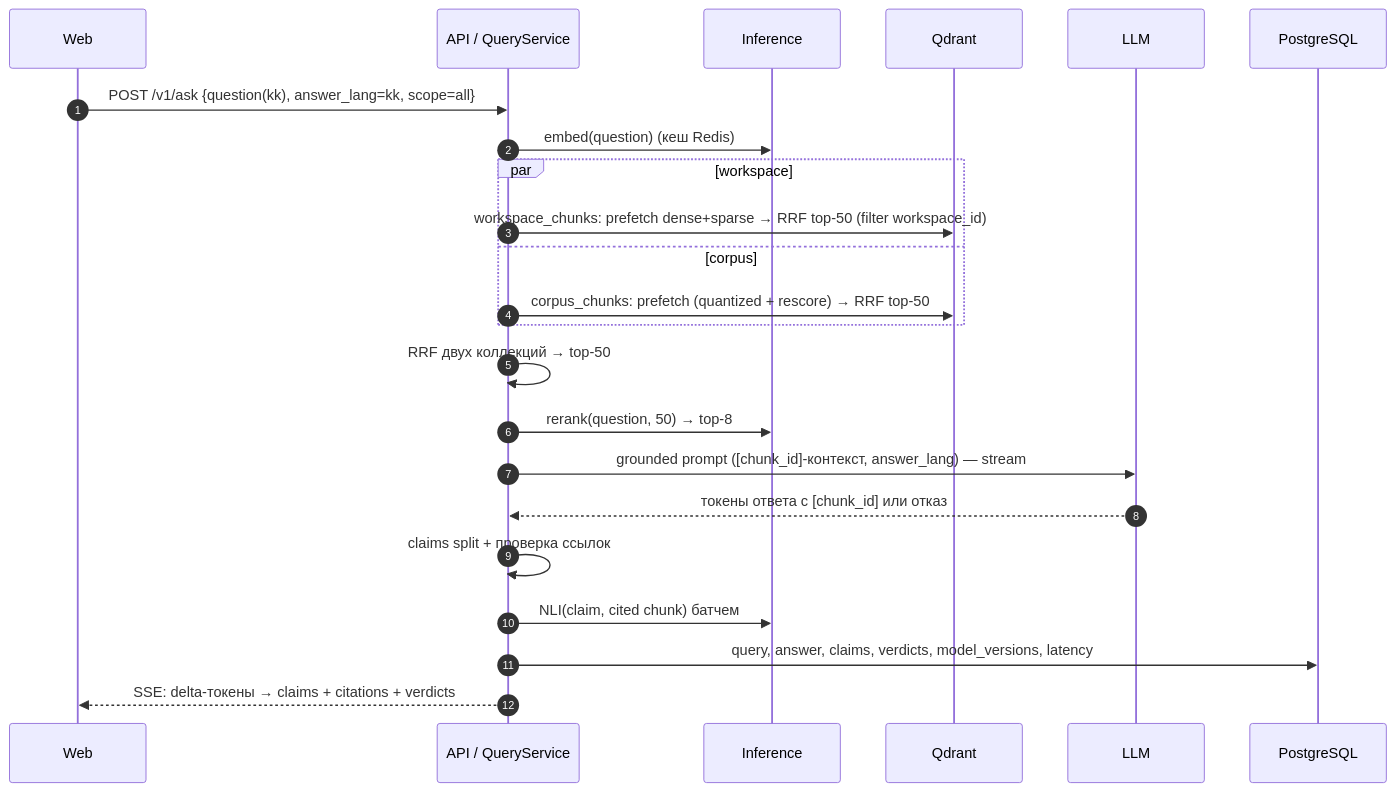
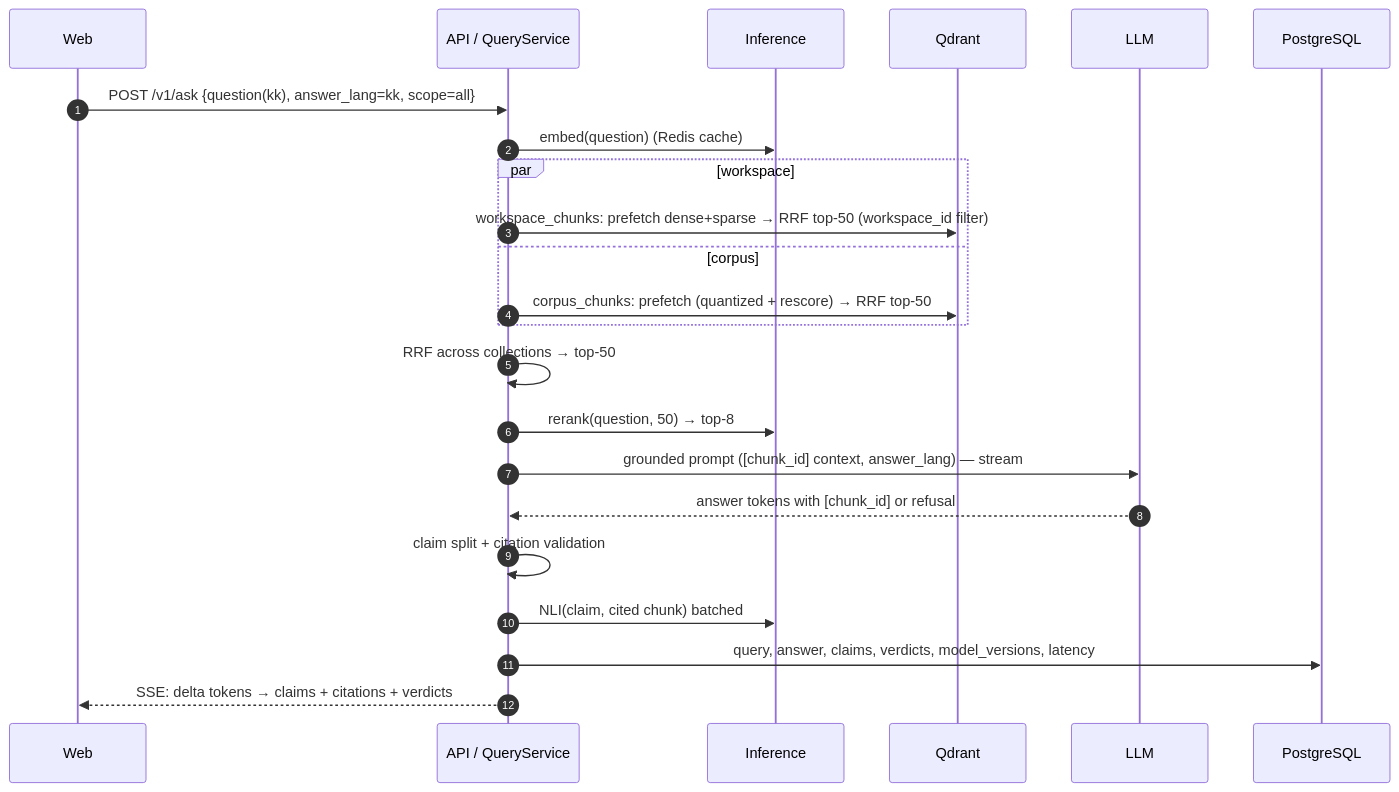
The fourth of 4 diagrams in docs/architecture/docs/01-architecture.md (Nusultan11/TriFactAI), drawn with Mermaid before and after one commit. The commit also changed other lines of this file and 30 other files, not shown here.

````diff
--- a/docs/architecture/docs/01-architecture.md
+++ b/docs/architecture/docs/01-architecture.md
@@ -243,25 +232,25 @@
 ```mermaid
 sequenceDiagram
     autonumber
     participant W as Web
     participant A as API / QueryService
     participant I as Inference
     participant Q as Qdrant
     participant L as LLM
     participant P as PostgreSQL
     W->>A: POST /v1/ask {question(kk), answer_lang=kk, scope=all}
-    A->>I: embed(question) (кеш Redis)
+    A->>I: embed(question) (Redis cache)
     par workspace
-        A->>Q: workspace_chunks: prefetch dense+sparse → RRF top-50 (filter workspace_id)
+        A->>Q: workspace_chunks: prefetch dense+sparse → RRF top-50 (workspace_id filter)
     and corpus
         A->>Q: corpus_chunks: prefetch (quantized + rescore) → RRF top-50
     end
-    A->>A: RRF двух коллекций → top-50
+    A->>A: RRF across collections → top-50
     A->>I: rerank(question, 50) → top-8
-    A->>L: grounded prompt ([chunk_id]-контекст, answer_lang) — stream
-    L-->>A: токены ответа с [chunk_id] или отказ
-    A->>A: claims split + проверка ссылок
-    A->>I: NLI(claim, cited chunk) батчем
+    A->>L: grounded prompt ([chunk_id] context, answer_lang) — stream
+    L-->>A: answer tokens with [chunk_id] or refusal
+    A->>A: claim split + citation validation
+    A->>I: NLI(claim, cited chunk) batched
     A->>P: query, answer, claims, verdicts, model_versions, latency
-    A-->>W: SSE: delta-токены → claims + citations + verdicts
+    A-->>W: SSE: delta tokens → claims + citations + verdicts
 ```
````
